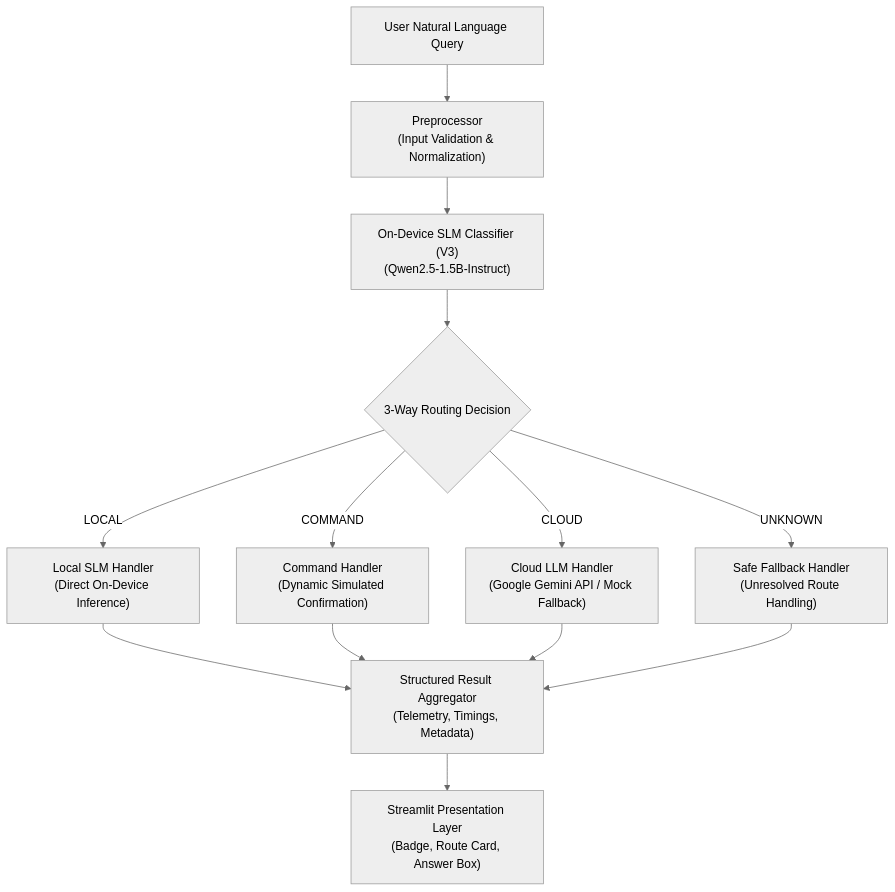
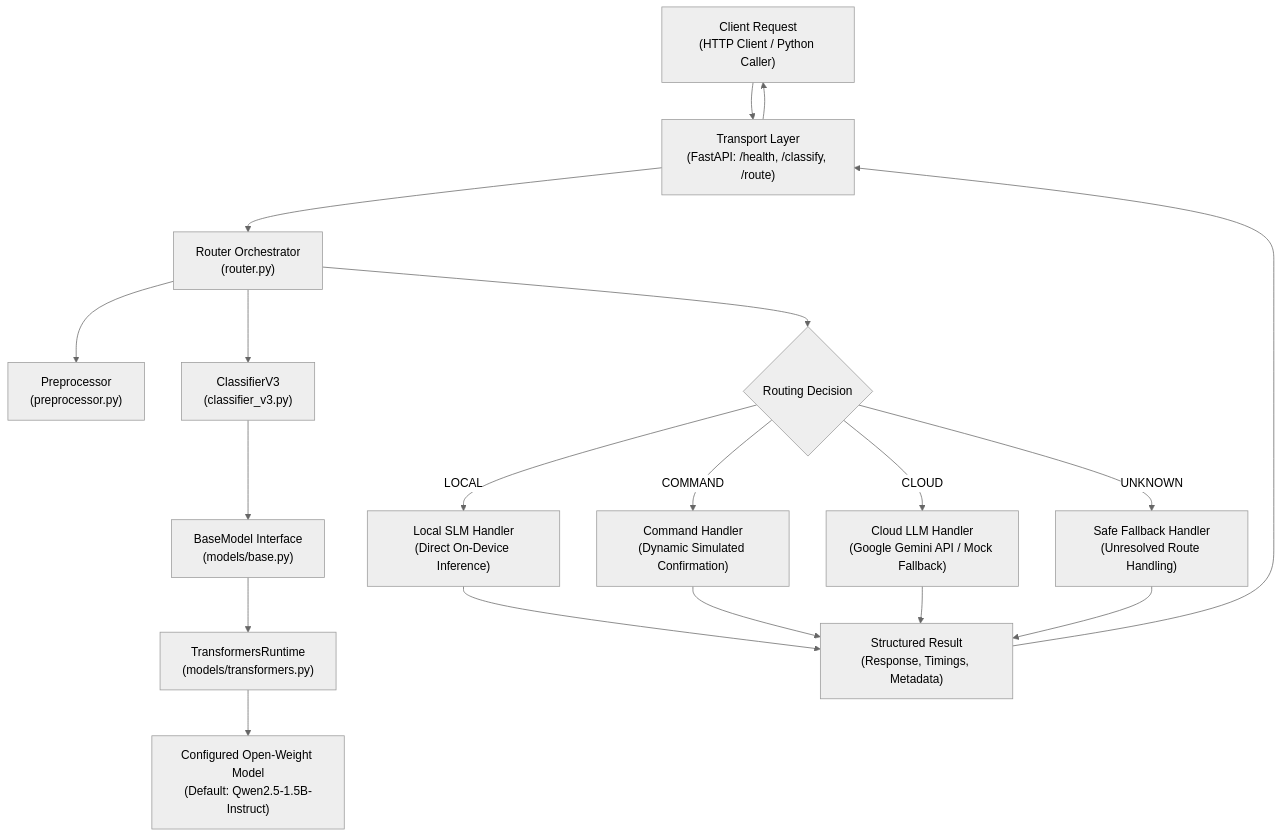
One commit to Pawan-19012006/slm-router-mindspeakai changed the first of 3 diagrams in docs/ARCHITECTURE.md. Above: the diagram before and after it, drawn with Mermaid (neutral theme). The commit also changed other lines of this file and 5 other files, not shown here.

Commit message:
docs: add comprehensive developer documentation, API reference, model guide, and client example

````diff
--- a/docs/ARCHITECTURE.md
+++ b/docs/ARCHITECTURE.md
@@ -11,18 +11,24 @@
 ```mermaid
 flowchart TD
-    UserQuery["User Natural Language Query"] --> Preprocessor["Preprocessor<br/>(Input Validation & Normalization)"]
-    Preprocessor --> Classifier["On-Device SLM Classifier (V3)<br/>(Qwen2.5-1.5B-Instruct)"]
-    Classifier --> RoutingDecision{3-Way Routing Decision}
+    Client["Client Request<br/>(HTTP Client / Python Caller)"] --> Transport["Transport Layer<br/>(FastAPI: /health, /classify, /route)"]
+    Transport --> Router["Router Orchestrator<br/>(router.py)"]
+    Router --> Preprocessor["Preprocessor<br/>(preprocessor.py)"]
+    Router --> Classifier["ClassifierV3<br/>(classifier_v3.py)"]
+    Classifier --> BaseModel["BaseModel Interface<br/>(models/base.py)"]
+    BaseModel --> Runtime["TransformersRuntime<br/>(models/transformers.py)"]
+    Runtime --> LocalModel["Configured Open-Weight Model<br/>(Default: Qwen2.5-1.5B-Instruct)"]
 
-    RoutingDecision -->|LOCAL| LocalHandler["Local SLM Handler<br/>(Direct On-Device Inference)"]
-    RoutingDecision -->|COMMAND| CommandPath["Command Handler<br/>(Dynamic Simulated Confirmation)"]
-    RoutingDecision -->|CLOUD| CloudHandler["Cloud LLM Handler<br/>(Google Gemini API / Mock Fallback)"]
-    RoutingDecision -->|UNKNOWN| FallbackHandler["Safe Fallback Handler<br/>(Unresolved Route Handling)"]
+    Router --> Decision{Routing Decision}
+    Decision -->|LOCAL| LocalHandler["Local SLM Handler<br/>(Direct On-Device Inference)"]
+    Decision -->|COMMAND| CommandHandler["Command Handler<br/>(Dynamic Simulated Confirmation)"]
+    Decision -->|CLOUD| CloudHandler["Cloud LLM Handler<br/>(Google Gemini API / Mock Fallback)"]
+    Decision -->|UNKNOWN| FallbackHandler["Safe Fallback Handler<br/>(Unresolved Route Handling)"]
 
-    LocalHandler --> OutputFormatter["Structured Result Aggregator<br/>(Telemetry, Timings, Metadata)"]
-    CommandPath --> OutputFormatter
+    LocalHandler --> OutputFormatter["Structured Result<br/>(Response, Timings, Metadata)"]
+    CommandHandler --> OutputFormatter
     CloudHandler --> OutputFormatter
     FallbackHandler --> OutputFormatter
 
-    OutputFormatter --> StreamlitUI["Streamlit Presentation Layer<br/>(Badge, Route Card, Answer Box)"]
+    OutputFormatter --> Transport
+    Transport --> Client
 ```
````
